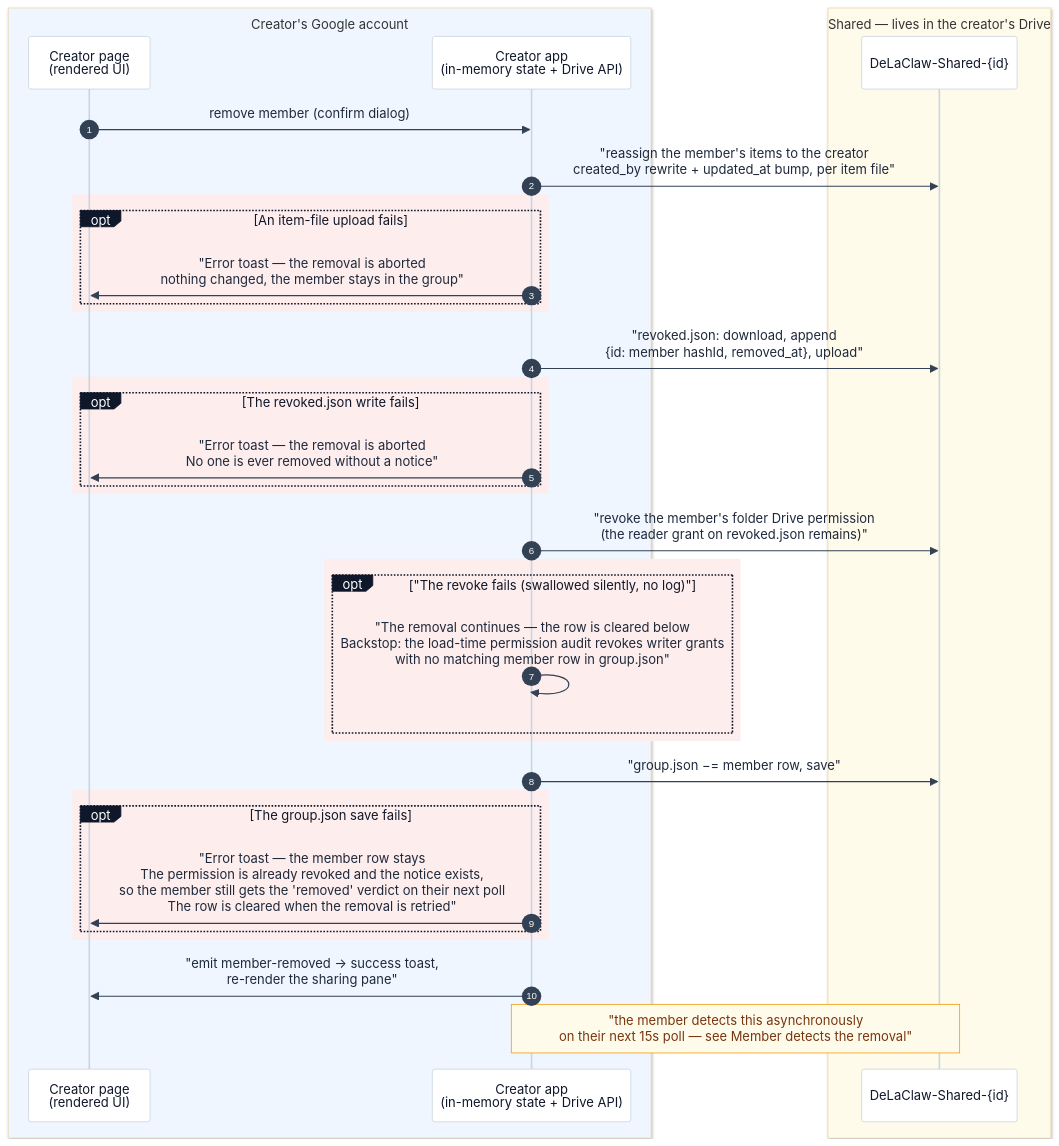
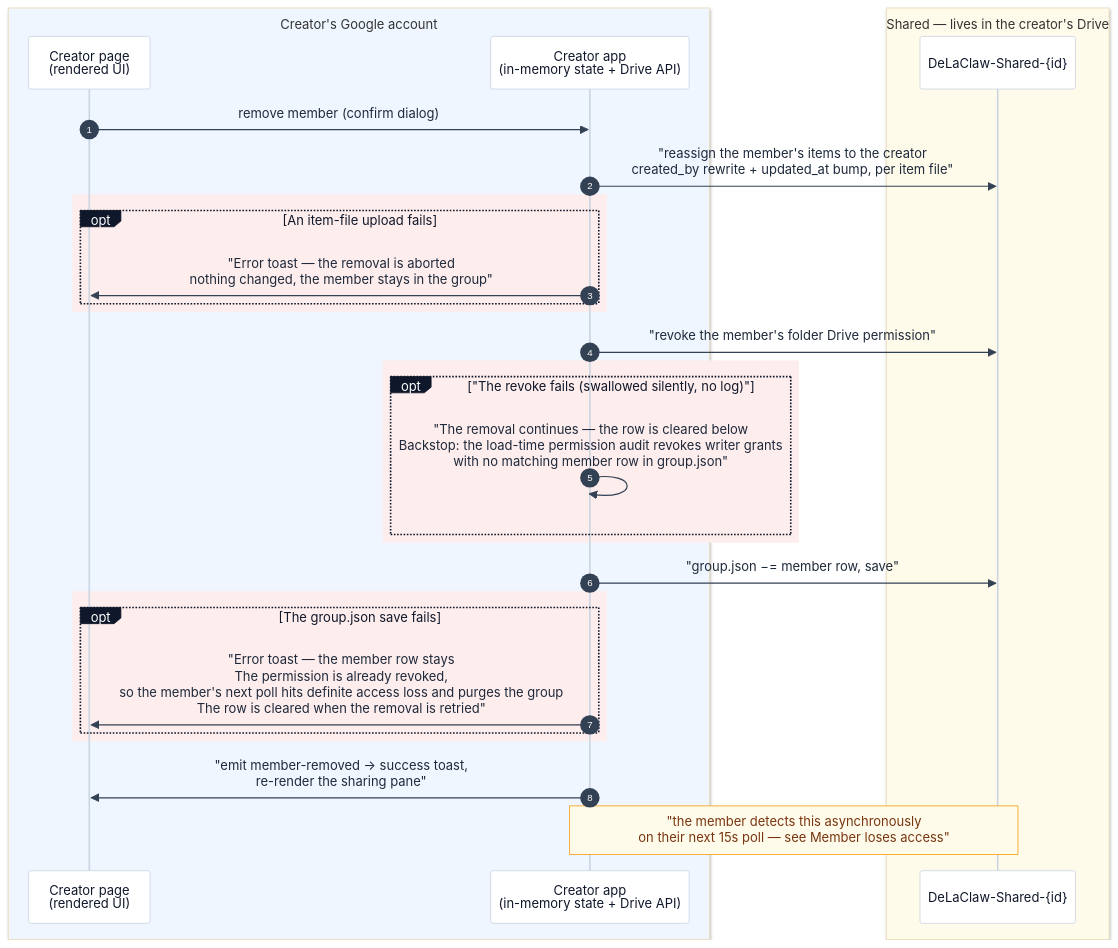
Before and after one commit to AntGro/DeLaClaw: the tenth of 14 diagrams in docs-site/sharing.md, drawn with Mermaid. The commit also changed other lines of this file and 18 other files, not shown here.

First line of the commit message:
refactor(sharing): remove revoked.json — access loss purges the group outright

````diff
--- a/docs-site/sharing.md
+++ b/docs-site/sharing.md
@@ -431,40 +427,34 @@
 ```mermaid
 %%{init: {'theme': 'base', 'themeVariables': {'background': '#fbfaf8', 'actorBkg': '#ffffff', 'actorBorder': '#cbd5e1', 'actorTextColor': '#0f172a', 'actorLineColor': '#cbd5e1', 'signalColor': '#334155', 'signalTextColor': '#1e293b', 'noteBkgColor': '#fffbeb', 'noteBorderColor': '#f59e0b', 'noteTextColor': '#78350f', 'labelBoxBkgColor': '#0f172a', 'labelBoxBorderColor': '#0f172a', 'labelTextColor': '#ffffff'}}}%%
 sequenceDiagram
     autonumber
     box rgb(239,246,255) Creator's Google account
     participant CP as Creator page<br/>(rendered UI)
     participant CA as Creator app<br/>(in-memory state + Drive API)
     end
     box rgb(255,251,235) Shared — lives in the creator's Drive
     participant SF as DeLaClaw-Shared-{id}
     end
 
     CP->>CA: remove member (confirm dialog)
     CA->>SF: "reassign the member's items to the creator<br/>created_by rewrite + updated_at bump, per item file"
     rect rgb(253, 237, 236)
     opt An item-file upload fails
         CA->>CP: "Error toast — the removal is aborted<br/>nothing changed, the member stays in the group"
     end
     end
-    CA->>SF: "revoked.json: download, append<br/>{id: member hashId, removed_at}, upload"
-    rect rgb(253, 237, 236)
-    opt The revoked.json write fails
-        CA->>CP: "Error toast — the removal is aborted<br/>No one is ever removed without a notice"
-    end
-    end
-    CA->>SF: "revoke the member's folder Drive permission<br/>(the reader grant on revoked.json remains)"
+    CA->>SF: "revoke the member's folder Drive permission"
     rect rgb(253, 237, 236)
     opt "The revoke fails (swallowed silently, no log)"
         CA->>CA: "The removal continues — the row is cleared below<br/>Backstop: the load-time permission audit revokes writer grants<br/>with no matching member row in group.json"
     end
     end
     CA->>SF: "group.json −= member row, save"
     rect rgb(253, 237, 236)
     opt The group.json save fails
-        CA->>CP: "Error toast — the member row stays<br/>The permission is already revoked and the notice exists,<br/>so the member still gets the 'removed' verdict on their next poll<br/>The row is cleared when the removal is retried"
+        CA->>CP: "Error toast — the member row stays<br/>The permission is already revoked,<br/>so the member's next poll hits definite access loss and purges the group<br/>The row is cleared when the removal is retried"
     end
     end
     CA->>CP: "emit member-removed → success toast,<br/>re-render the sharing pane"
-    Note over CA,SF: "the member detects this asynchronously<br/>on their next 15s poll — see Member detects the removal"
+    Note over CA,SF: "the member detects this asynchronously<br/>on their next 15s poll — see Member loses access"
 ```
````
